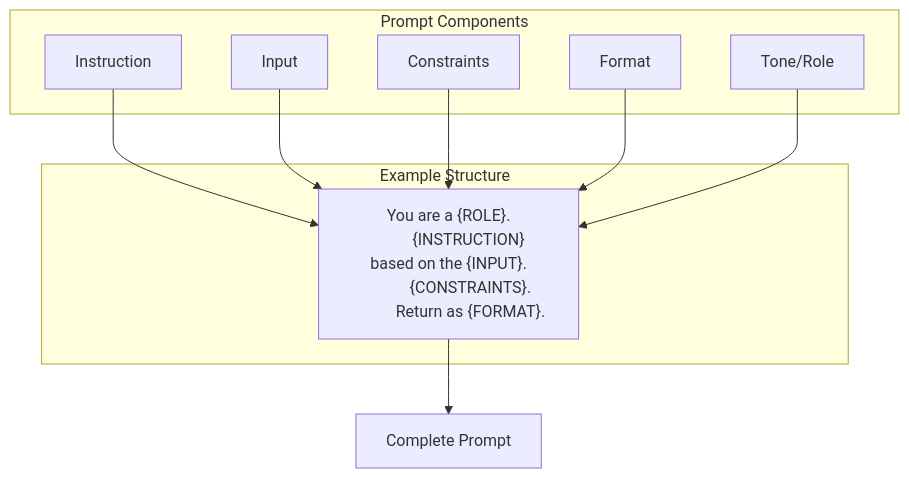
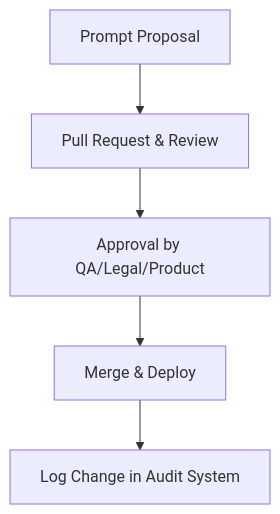
The second of 6 diagrams in User-Guides/Enterprise Prompt Engineering Handbook.md (CRollins6020/CRollins6020), drawn with Mermaid before and after one commit. The commit also changed other lines of this file, not shown here.

Commit message:
Update Enterprise Prompt Engineering Handbook.md

````diff
--- a/User-Guides/Enterprise Prompt Engineering Handbook.md
+++ b/User-Guides/Enterprise Prompt Engineering Handbook.md
@@ -78,20 +68,7 @@
 ```mermaid
 graph TD
-    subgraph "Prompt Components"
-        A[Instruction]
-        B[Input]
-        C[Constraints]
-        D[Format]
-        E[Tone/Role]
-    end
-    
-    subgraph "Example Structure"
-        F["You are a {ROLE}.
-           {INSTRUCTION} based on the {INPUT}.
-           {CONSTRAINTS}.
-           Return as {FORMAT}."]
-    end
-    
-    A & B & C & D & E --> F
-    F --> G[Complete Prompt]
+A[Prompt Proposal] --> B[Pull Request & Review]
+B --> C[Approval by QA/Legal/Product]
+C --> D[Merge & Deploy]
+D --> E[Log Change in Audit System]
 ```
````
